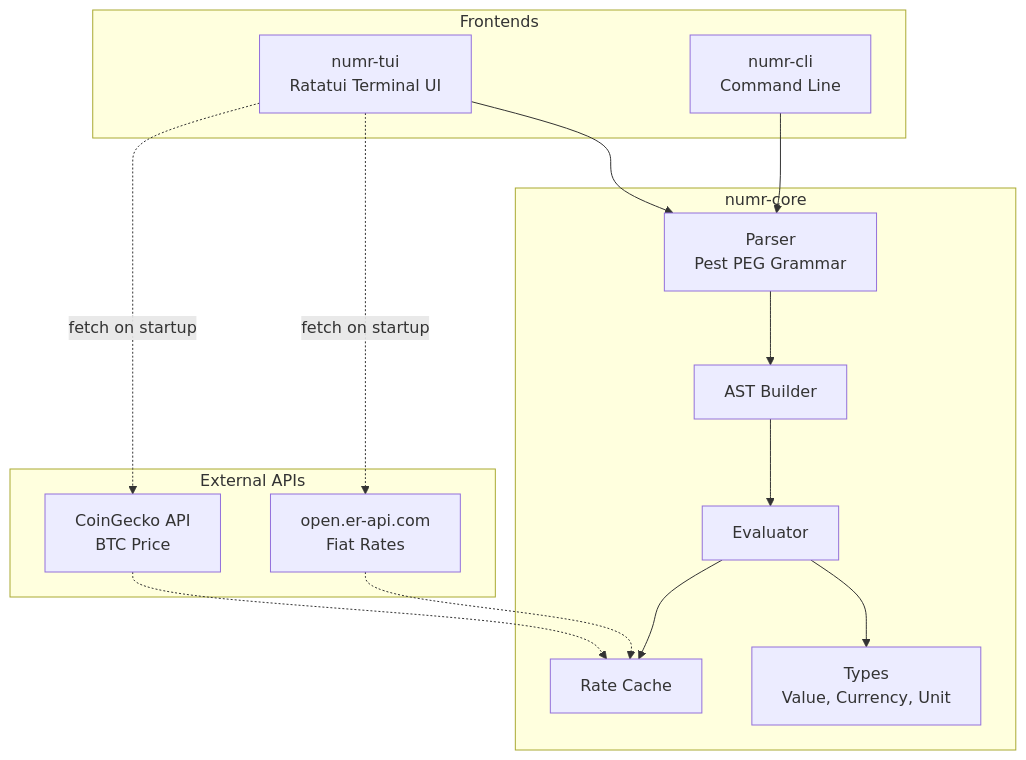
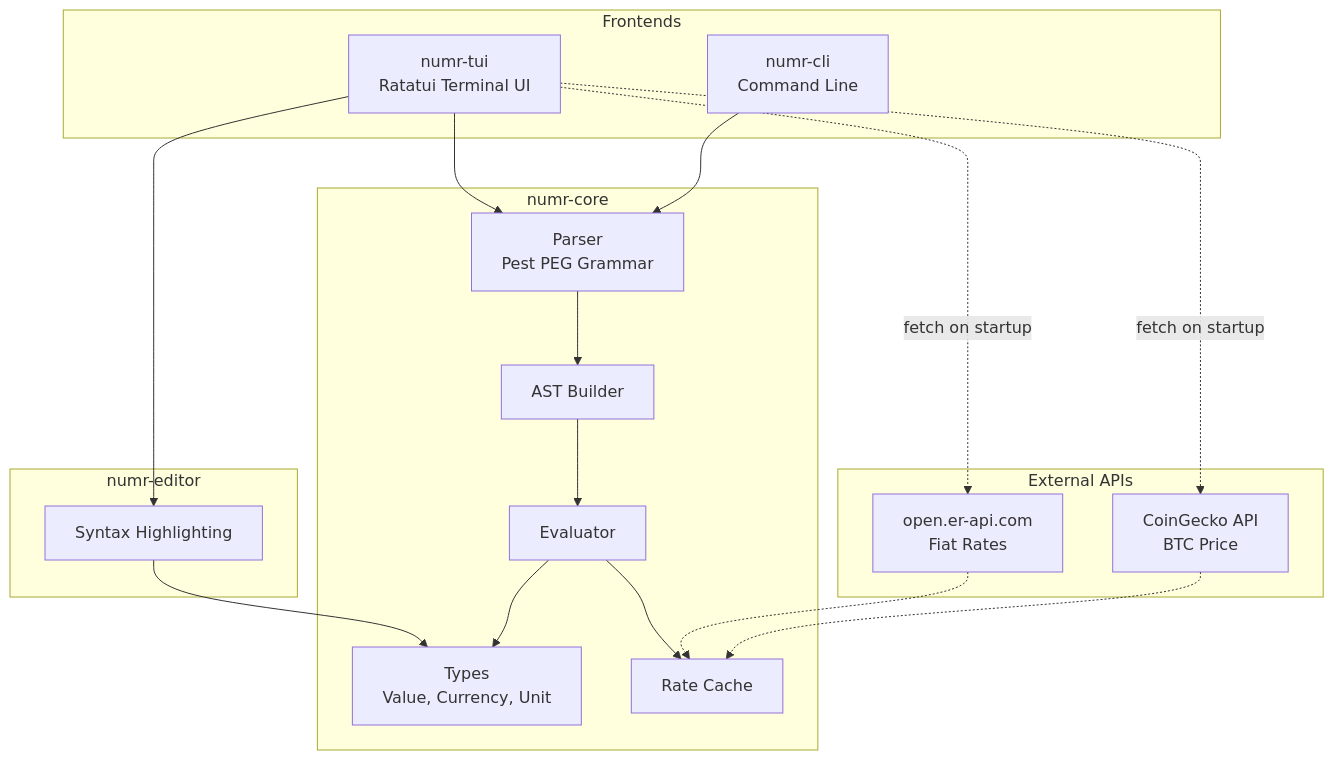
One commit to nasedkinpv/numr changed the diagram in README.md. Above: the diagram before and after it, drawn with Mermaid. The commit also changed other lines of this file, not shown here.

Commit message:
Update README: add months unit, numr-editor to architecture

````diff
--- a/README.md
+++ b/README.md
@@ -169,31 +169,37 @@
 ```mermaid
 graph TB
     subgraph Frontends
         TUI[numr-tui<br/>Ratatui Terminal UI]
         CLI[numr-cli<br/>Command Line]
     end
 
-    subgraph numr-core
+    subgraph Editor[numr-editor]
+        Highlight[Syntax Highlighting]
+    end
+
+    subgraph Core[numr-core]
         Parser[Parser<br/>Pest PEG Grammar]
         AST[AST Builder]
         Eval[Evaluator]
         Types[Types<br/>Value, Currency, Unit]
         Cache[Rate Cache]
     end
 
     subgraph External APIs
         Fiat[open.er-api.com<br/>Fiat Rates]
         Crypto[CoinGecko API<br/>BTC Price]
     end
 
+    TUI --> Highlight
     TUI --> Parser
     CLI --> Parser
+    Highlight --> Types
     Parser --> AST
     AST --> Eval
     Eval --> Types
     Eval --> Cache
     TUI -.->|fetch on startup| Fiat
     TUI -.->|fetch on startup| Crypto
     Fiat -.-> Cache
     Crypto -.-> Cache
 ```
````
